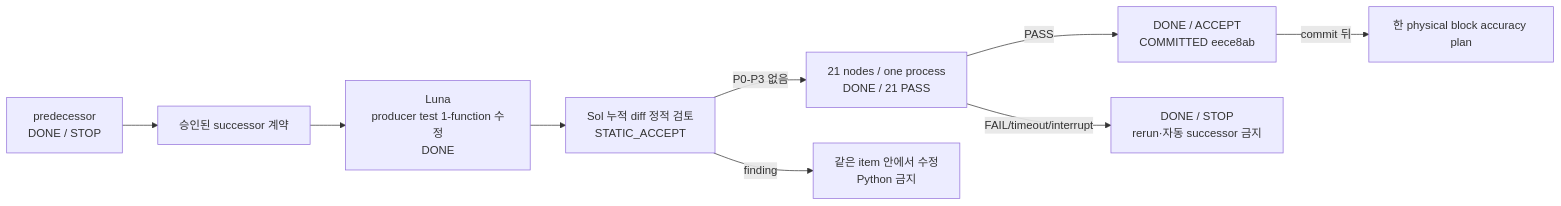
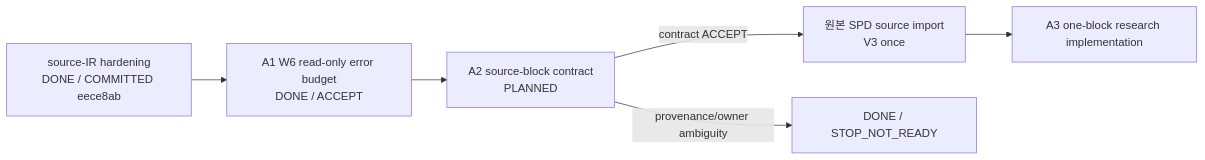
Before and after one commit to yunhyok/spd-decap-pi-evaluator: the diagram in docs/WORK_EXECUTION_BASELINE.md, drawn with Mermaid. The commit also changed other lines of this file and 1 other file, not shown here.

Commit message:
docs: select first accuracy error block

````diff
--- a/docs/WORK_EXECUTION_BASELINE.md
+++ b/docs/WORK_EXECUTION_BASELINE.md
@@ -29,11 +24,8 @@
 ```mermaid
 flowchart LR
-    P["predecessor<br/>DONE / STOP"] --> C["승인된 successor 계약"]
-    C --> L["Luna<br/>producer test 1-function 수정<br/>DONE"]
-    L --> S["Sol 누적 diff 정적 검토<br/>STATIC_ACCEPT"]
-    S -->|P0-P3 없음| T["21 nodes / one process<br/>DONE / 21 PASS"]
-    S -->|finding| F["같은 item 안에서 수정<br/>Python 금지"]
-    T -->|PASS| A["DONE / ACCEPT<br/>COMMITTED eece8ab"]
-    T -->|FAIL/timeout/interrupt| X["DONE / STOP<br/>rerun·자동 successor 금지"]
-    A -->|commit 뒤| ACC["한 physical block accuracy plan"]
+    H["source-IR hardening<br/>DONE / COMMITTED eece8ab"] --> A1["A1 W6 read-only error budget<br/>DONE / ACCEPT"]
+    A1 --> A2["A2 source-block contract<br/>PLANNED"]
+    A2 -->|contract ACCEPT| V3["원본 SPD source import<br/>V3 once"]
+    A2 -->|provenance/owner ambiguity| STOP["DONE / STOP_NOT_READY"]
+    V3 --> A3["A3 one-block research implementation"]
 ```
````
